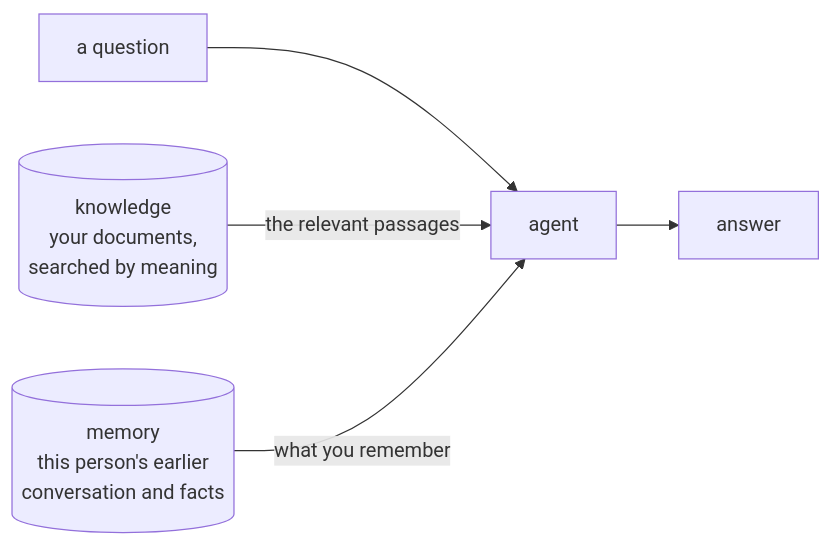
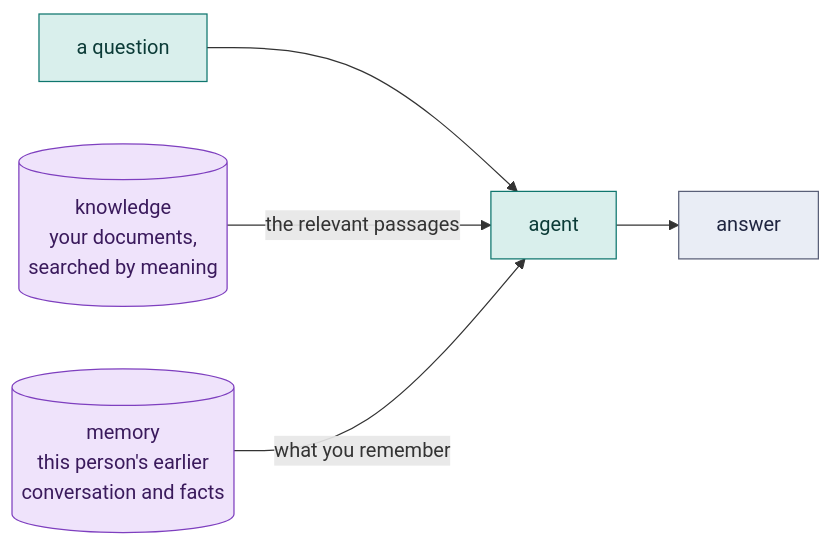
The diagram in docs/tutorial/07-knowledge-and-memory.md (srijithunni7182/llm4j), drawn with Mermaid before and after one commit. The commit also changed 13 other files, not shown here.

First line of the commit message:
docs: give the tutorial's diagrams meaningful colours

````diff
--- a/docs/tutorial/07-knowledge-and-memory.md
+++ b/docs/tutorial/07-knowledge-and-memory.md
@@ -5,7 +5,13 @@
 ```mermaid
 flowchart LR
   Q["a question"] --> A["agent"]
   K[("knowledge<br/>your documents,<br/>searched by meaning")] -- "the relevant passages" --> A
   M[("memory<br/>this person's earlier<br/>conversation and facts")] -- "what you remember" --> A
   A --> R["answer"]
+  classDef step fill:#d9efec,stroke:#0f766e,color:#0b3b37
+  classDef store fill:#efe3fb,stroke:#7e3fbf,color:#3a1a5c
+  class Q,A step
+  class K,M store
+  classDef edge fill:#e9edf5,stroke:#5a6078,color:#1f2540
+  class R edge
 ```
````
